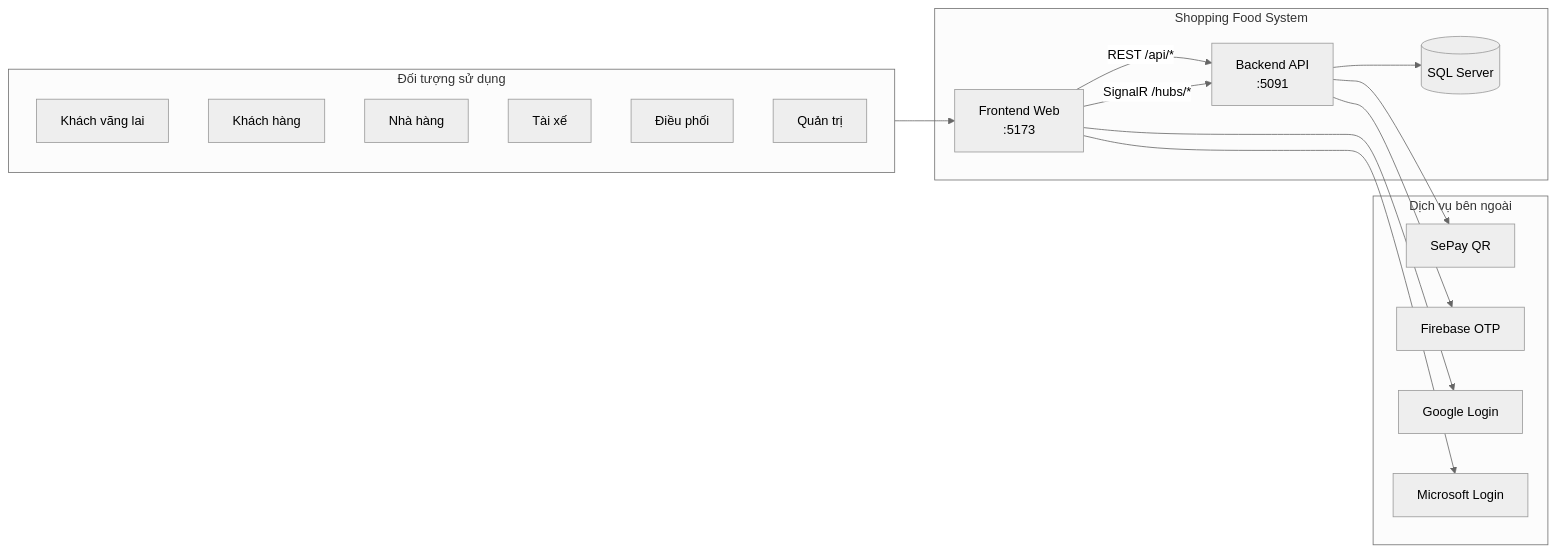
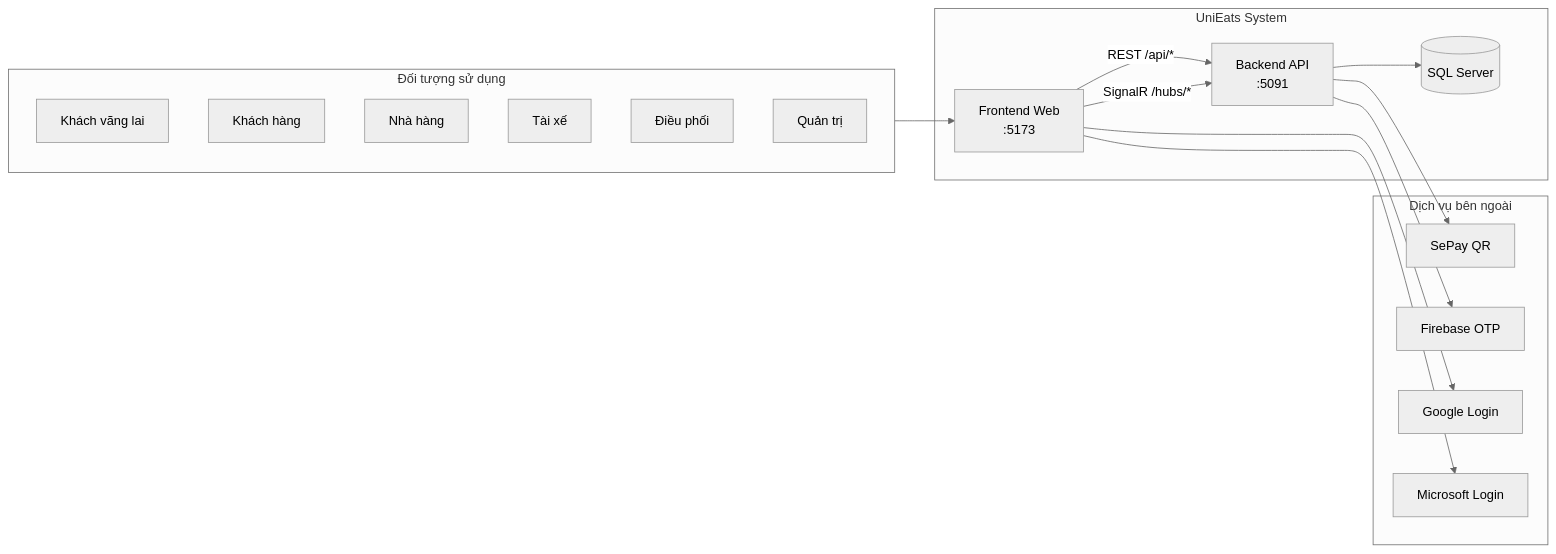
The first of 7 diagrams in docs/TRACKING_USE_CASES_APIS.md (hieunh2xx/Shopping-Food), drawn with Mermaid (neutral theme) before and after one commit. The commit also changed other lines of this file and 235 other files, not shown here.

````diff
--- a/docs/TRACKING_USE_CASES_APIS.md
+++ b/docs/TRACKING_USE_CASES_APIS.md
@@ -21,33 +21,33 @@
 ```mermaid
 flowchart LR
     subgraph Users["Đối tượng sử dụng"]
         Guest[Khách vãng lai]
         Customer[Khách hàng]
         Seller[Nhà hàng]
         Shipper[Tài xế]
         Coordinator[Điều phối]
         Admin[Quản trị]
     end
 
-    subgraph System["Shopping Food System"]
+    subgraph System["UniEats System"]
         FE[Frontend Web<br/>:5173]
         API[Backend API<br/>:5091]
         DB[(SQL Server)]
     end
 
     subgraph External["Dịch vụ bên ngoài"]
         SePay[SePay QR]
         Firebase[Firebase OTP]
         Google[Google Login]
         MS[Microsoft Login]
     end
 
     Users --> FE
     FE -->|REST /api/*| API
     FE -->|SignalR /hubs/*| API
     API --> DB
     API --> SePay
     API --> Firebase
     FE --> Google
     FE --> MS
 ```
````
